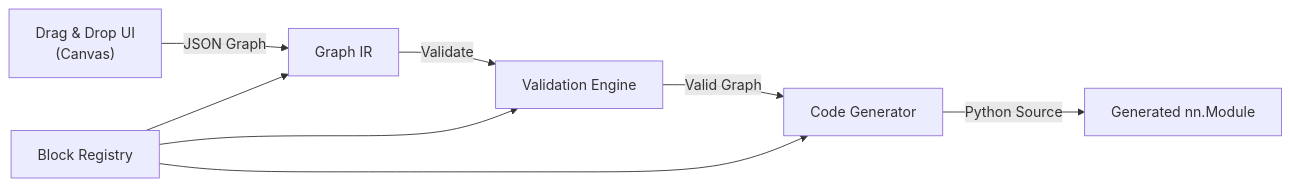
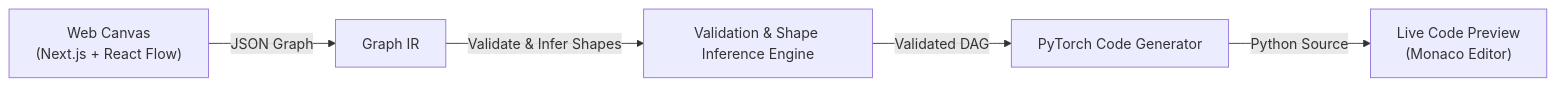
The diagram in docs/implementation_plan.md (srinjoy-2005/ArchIDE), drawn with Mermaid before and after one commit. The commit also changed other lines of this file and 5 other files, not shown here.

````diff
--- a/docs/implementation_plan.md
+++ b/docs/implementation_plan.md
@@ -15,11 +11,7 @@
 ```mermaid
 flowchart LR
-    A["Drag & Drop UI<br/>(Canvas)"] -->|"JSON Graph"| B["Graph IR<br/(Intermediate Representation)"]
-    B -->|"Validate"| C["Validation Engine<br/(Type/Shape Checking)"]
-    C -->|"Valid Graph"| D["Code Generator<br/(PyTorch Emitter)"]
-    D -->|"Python Source"| E["Generated nn.Module"]
-    
-    F["Block Registry<br/(Block Definitions)"] --> B
-    F --> C
-    F --> D
+    UI["Web Canvas<br/>(Next.js + React Flow)"] -->|"JSON Graph"| IR["Graph IR"]
+    IR -->|"Validate & Infer Shapes"| Engine["Validation & Shape Inference Engine"]
+    Engine -->|"Validated DAG"| Codegen["PyTorch Code Generator"]
+    Codegen -->|"Python Source"| Preview["Live Code Preview<br/>(Monaco Editor)"]
 ```
````
